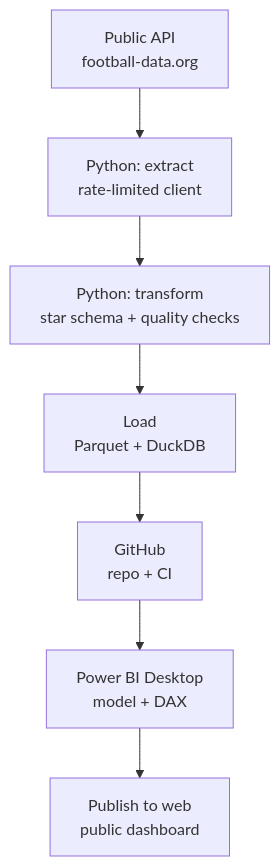
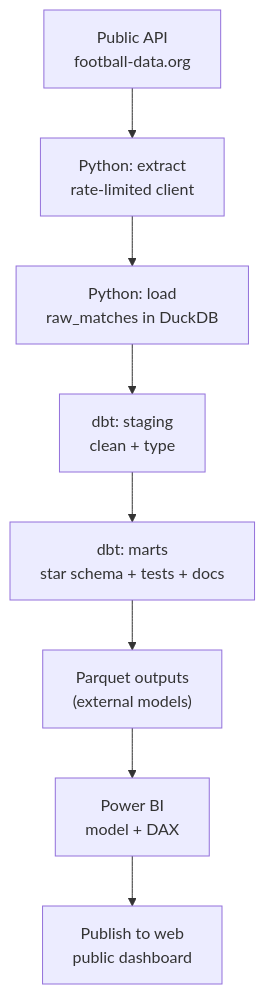
One commit to PWIS11/football-analytics-pipeline changed the first of 2 diagrams in README.md. Above: the diagram before and after it, drawn with Mermaid. The commit also changed other lines of this file and 23 other files, not shown here.

First line of the commit message:
Refactor to ELT: Python lands raw data, dbt owns transformation

````diff
--- a/README.md
+++ b/README.md
@@ -12,9 +12,10 @@
 ```mermaid
 flowchart TD
     A["Public API<br/>football-data.org"] --> B["Python: extract<br/>rate-limited client"]
-    B --> C["Python: transform<br/>star schema + quality checks"]
-    C --> D["Load<br/>Parquet + DuckDB"]
-    D --> E["GitHub<br/>repo + CI"]
-    E --> F["Power BI Desktop<br/>model + DAX"]
-    F --> G["Publish to web<br/>public dashboard"]
+    B --> C["Python: load<br/>raw_matches in DuckDB"]
+    C --> D["dbt: staging<br/>clean + type"]
+    D --> E["dbt: marts<br/>star schema + tests + docs"]
+    E --> F["Parquet outputs<br/>(external models)"]
+    F --> G["Power BI<br/>model + DAX"]
+    G --> H["Publish to web<br/>public dashboard"]
 ```
````
